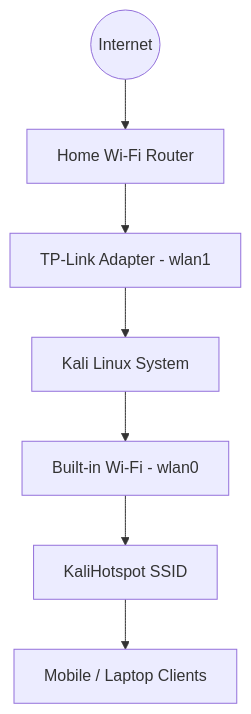
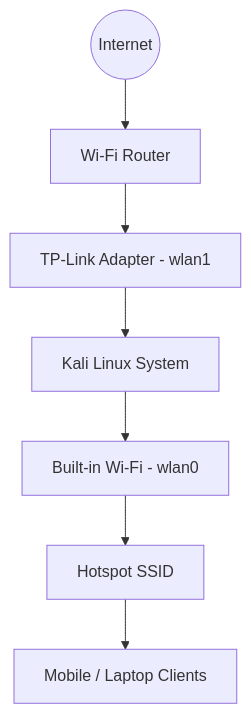
Before and after one commit to karthikparambil/NetBridge: the diagram in README.md, drawn with Mermaid.

Commit message:
docs: simplify network diagram labels in README.md

````diff
--- a/README.md
+++ b/README.md
@@ -54,9 +54,9 @@
 ```mermaid
 graph TD
-    Internet((Internet)) --> Router[Home Wi-Fi Router]
+    Internet((Internet)) --> Router[Wi-Fi Router]
     Router --> W1[TP-Link Adapter - wlan1]
     W1 --> Kali[Kali Linux System]
     Kali --> W0[Built-in Wi-Fi - wlan0]
-    W0 --> SSID[KaliHotspot SSID]
+    W0 --> SSID[Hotspot SSID]
     SSID --> Clients[Mobile / Laptop Clients]
 ```
````
